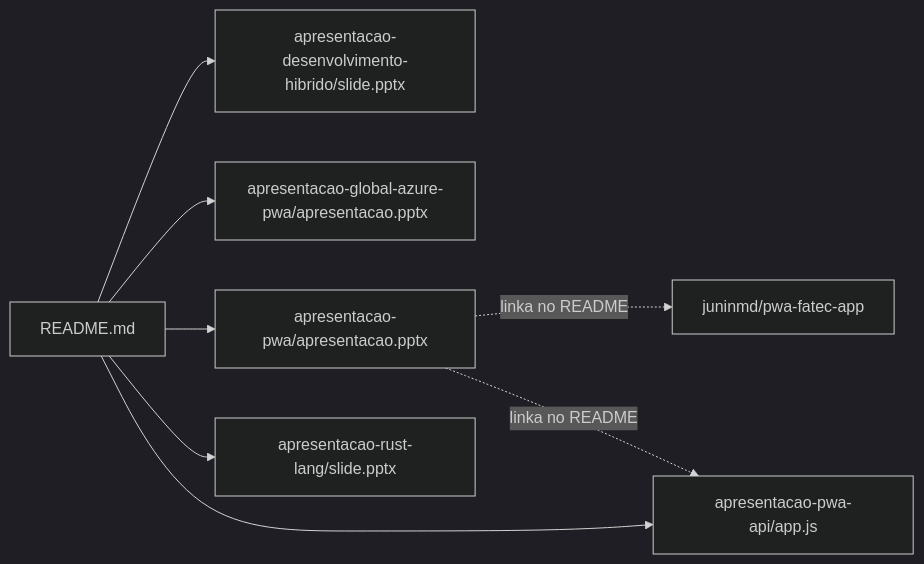
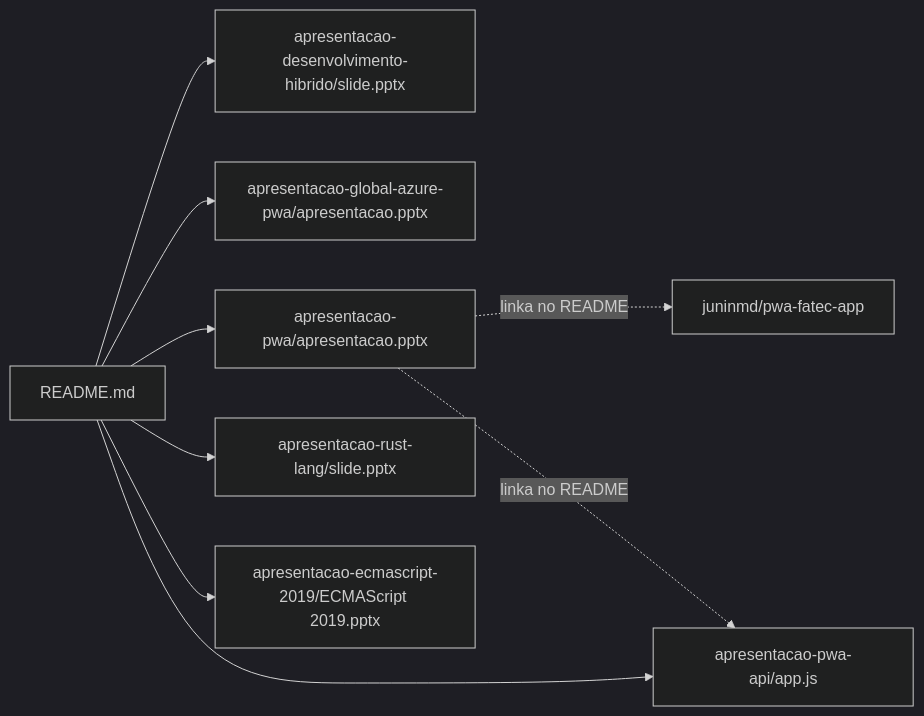
The diagram in README.md (juninmd/Repos_Apresentacoes), drawn with Mermaid (dark theme) before and after one commit. The commit also changed other lines of this file and 10 other files, not shown here.

First line of the commit message:
feat(apresentacao-ecmascript-2019): importa apresentacao ECMAScript 2019

````diff
--- a/README.md
+++ b/README.md
@@ -41,10 +42,11 @@
 ```mermaid
 flowchart LR
   R[README.md] --> H[apresentacao-desenvolvimento-hibrido/slide.pptx]
   R --> G[apresentacao-global-azure-pwa/apresentacao.pptx]
   R --> P[apresentacao-pwa/apresentacao.pptx]
   R --> RU[apresentacao-rust-lang/slide.pptx]
+  R --> E[apresentacao-ecmascript-2019/ECMAScript 2019.pptx]
   R --> A[apresentacao-pwa-api/app.js]
   P -.->|linka no README| APP[juninmd/pwa-fatec-app]
   P -.->|linka no README| A
 ```
````
